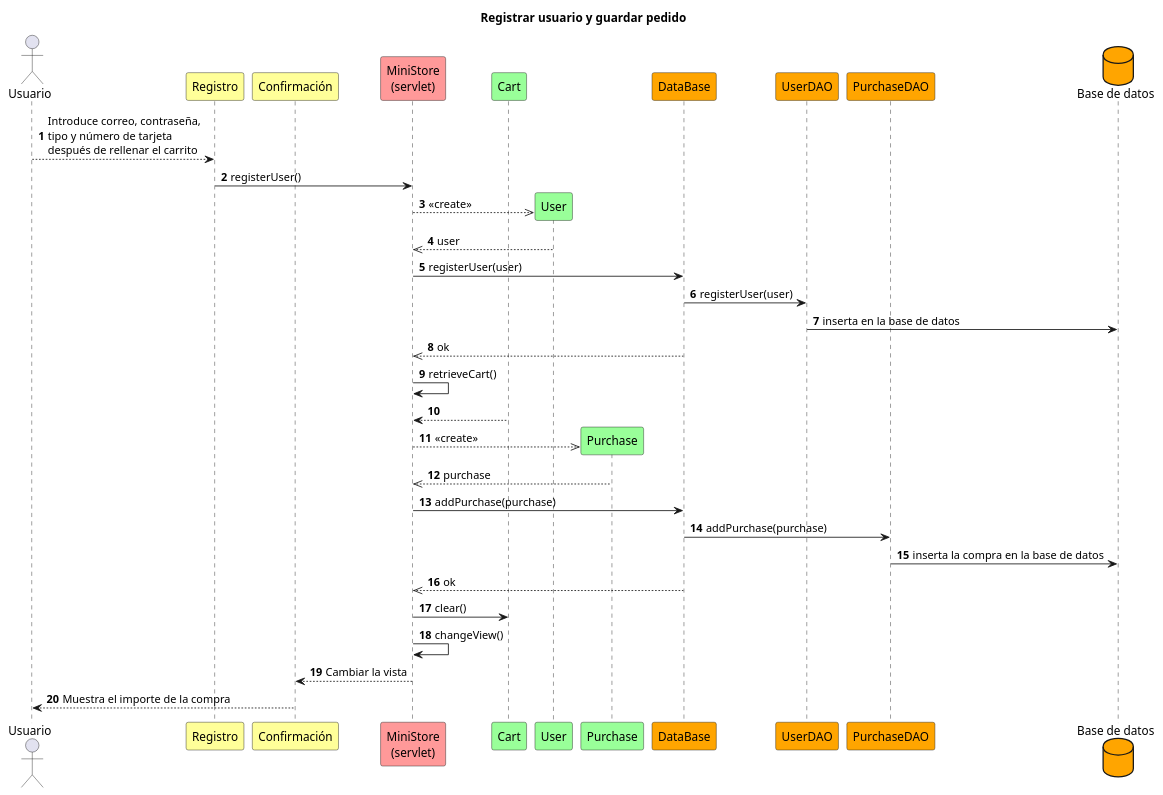
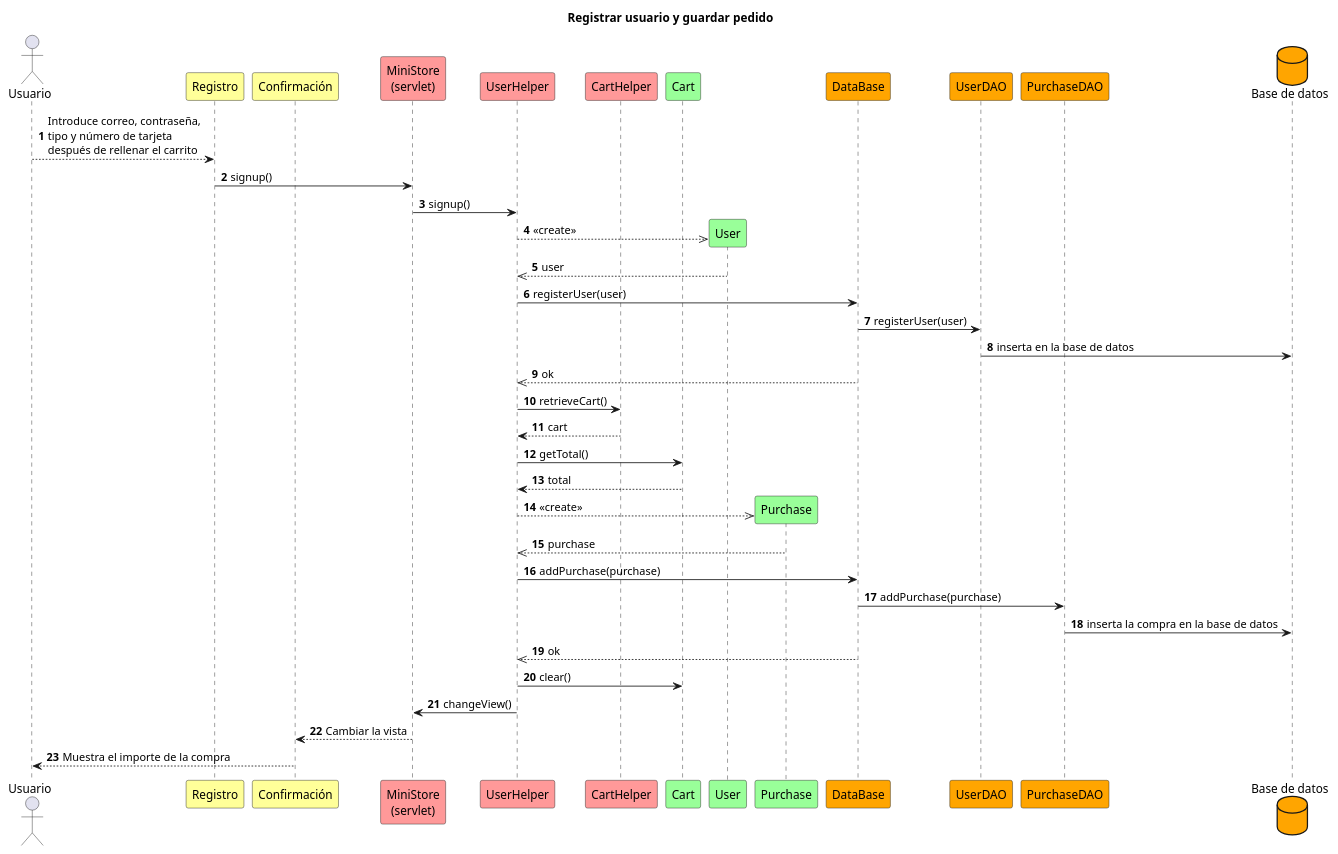
The diagram in minitienda/diagrams/store_user.puml (PedroVidalVillalba/DAW_P2), drawn with PlantUML before and after one commit. The commit also changed 7 other files, not shown here.

```diff
--- a/minitienda/diagrams/store_user.puml
+++ b/minitienda/diagrams/store_user.puml
@@ -1,42 +1,47 @@
 @startuml
 'https://plantuml.com/sequence-diagram
 autonumber
 
 title Registrar usuario y guardar pedido
 
 actor Usuario
 participant Registro as Signup                  #ffff99
 participant "Confirmación" as Confirmation      #ffff99
 participant "MiniStore\n(servlet)" as Servlet   #ff9999
+participant UserHelper                          #ff9999
+participant CartHelper                          #ff9999
 participant Cart                                #99ff99
 participant User                                #99ff99
 participant Purchase                            #99ff99
 participant DataBase                            #orange
 participant UserDAO                             #orange
 participant PurchaseDAO                         #orange
 database "Base de datos" as Database            #orange
 
 Usuario --> Signup: Introduce correo, contraseña,\ntipo y número de tarjeta\ndespués de rellenar el carrito
-Signup -> Servlet: registerUser()
+Signup -> Servlet: signup()
+Servlet -> UserHelper: signup()
 create User
-Servlet -->> User: <<create>>
+UserHelper -->> User: <<create>>
 return user
-Servlet -> DataBase: registerUser(user)
+UserHelper -> DataBase: registerUser(user)
 DataBase -> UserDAO: registerUser(user)
 UserDAO -> Database: inserta en la base de datos
-Servlet <<-- DataBase: ok
-Servlet -> Servlet: retrieveCart()
-Servlet <-- Cart
+UserHelper <<-- DataBase: ok
+UserHelper -> CartHelper: retrieveCart()
+return cart
+UserHelper -> Cart: getTotal()
+return total
 create Purchase
-Servlet -->> Purchase: <<create>>
-Servlet <<-- Purchase: purchase
-Servlet -> DataBase: addPurchase(purchase)
+UserHelper -->> Purchase: <<create>>
+return purchase
+UserHelper -> DataBase: addPurchase(purchase)
 DataBase -> PurchaseDAO: addPurchase(purchase)
 PurchaseDAO -> Database: inserta la compra en la base de datos
-Servlet <<-- DataBase: ok
-Servlet -> Cart: clear()
-Servlet -> Servlet: changeView()
+UserHelper <<-- DataBase: ok
+UserHelper -> Cart: clear()
+UserHelper -> Servlet: changeView()
 Servlet --> Confirmation: Cambiar la vista
 Confirmation --> Usuario: Muestra el importe de la compra
 
 @enduml
```
